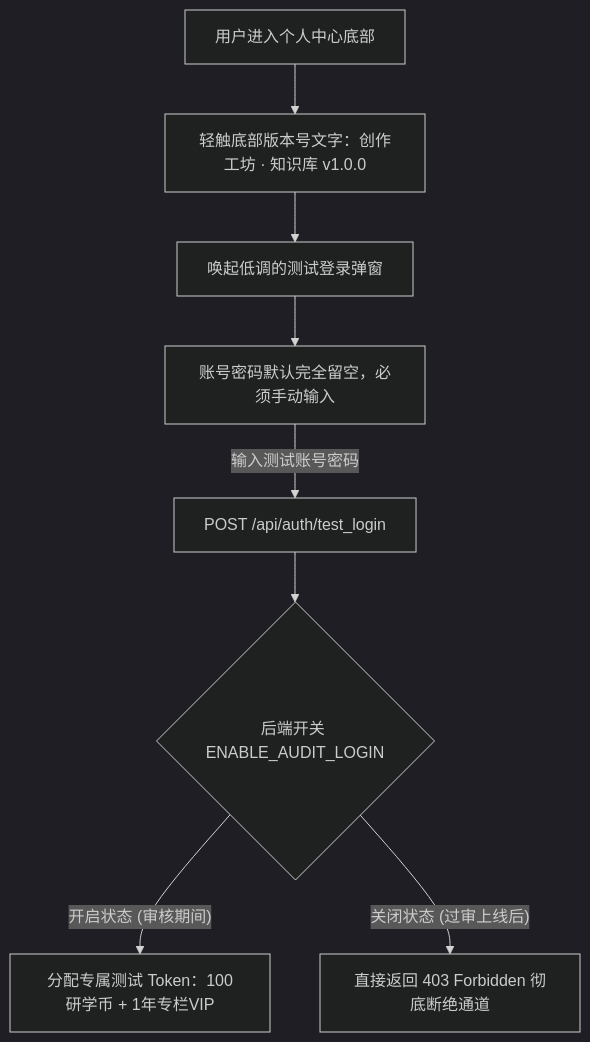
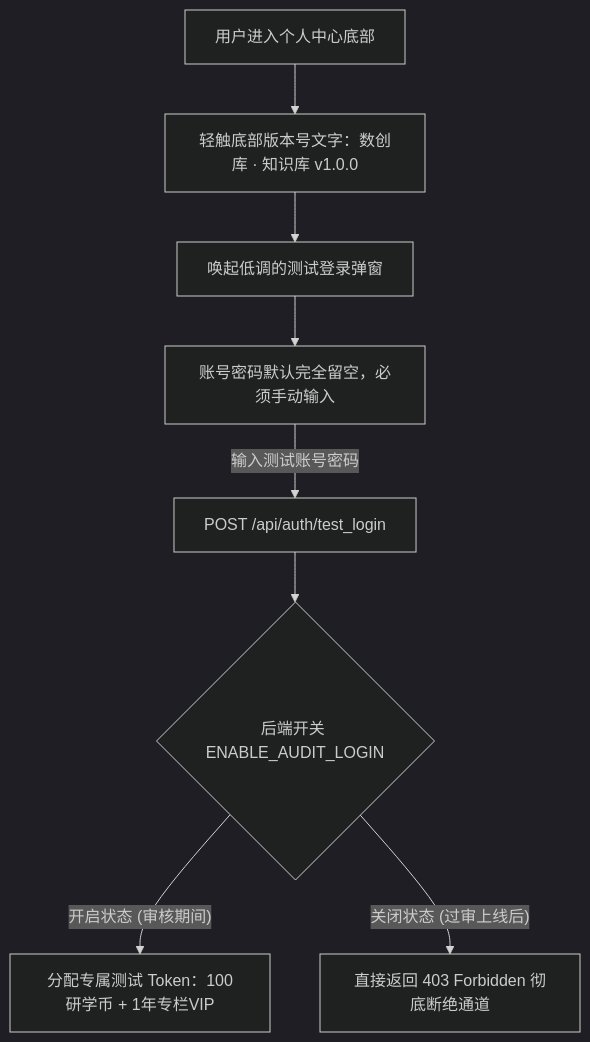
The diagram in docs/source/courses/wxapp_sphinx_from_zero/stage7_audit_mastery/02_backdoor_tester_architecture.md (ponyletter/py310sphinx_knowledge), drawn with Mermaid (dark theme) before and after one commit. The commit also changed other lines of this file and 6 other files, not shown here.

````diff
--- a/docs/source/courses/wxapp_sphinx_from_zero/stage7_audit_mastery/02_backdoor_tester_architecture.md
+++ b/docs/source/courses/wxapp_sphinx_from_zero/stage7_audit_mastery/02_backdoor_tester_architecture.md
@@ -13,10 +13,10 @@
 ```{mermaid}
 graph TD
-    User["用户进入个人中心底部"] --> Tap["轻触底部版本号文字：创作工坊 · 知识库 v1.0.0"]
+    User["用户进入个人中心底部"] --> Tap["轻触底部版本号文字：数创库 · 知识库 v1.0.0"]
     Tap --> Modal["唤起低调的测试登录弹窗"]
     Modal --> Input["账号密码默认完全留空，必须手动输入"]
     Input -->|"输入测试账号密码"| API["POST /api/auth/test_login"]
     API --> Switch{"后端开关 ENABLE_AUDIT_LOGIN"}
     Switch -->|"开启状态 (审核期间)"| Grant["分配专属测试 Token：100研学币 + 1年专栏VIP"]
     Switch -->|"关闭状态 (过审上线后)"| Reject["直接返回 403 Forbidden 彻底断绝通道"]
 ```
````
